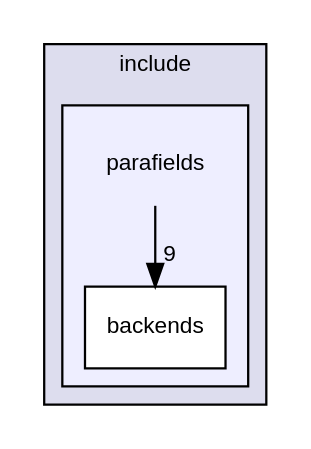
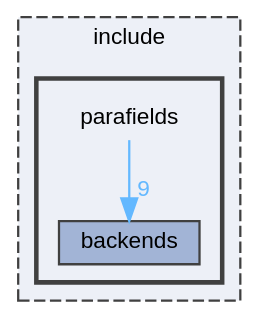
One commit to parafields/parafields-core changed the diagram in dir_f1cf9fff43a340b5fb1246d6efff32e0_dep.dot. Above: the diagram before and after it, drawn with Graphviz. The commit also changed 509 other files, not shown here.

```diff
--- a/dir_f1cf9fff43a340b5fb1246d6efff32e0_dep.dot
+++ b/dir_f1cf9fff43a340b5fb1246d6efff32e0_dep.dot
@@ -1,14 +1,17 @@
-digraph "parafields" {
+digraph "parafields"
+{
+ // LATEX_PDF_SIZE
+  bgcolor="transparent";
+  edge [fontname=Helvetica,fontsize=10,labelfontname=Helvetica,labelfontsize=10];
+  node [fontname=Helvetica,fontsize=10,shape=box,height=0.2,width=0.4];
   compound=true
-  node [ fontsize="10", fontname="Helvetica"];
-  edge [ labelfontsize="10", labelfontname="Helvetica"];
   subgraph clusterdir_d44c64559bbebec7f509842c48db8b23 {
-    graph [ bgcolor="#ddddee", pencolor="black", label="include" fontname="Helvetica", fontsize="10", URL="dir_d44c64559bbebec7f509842c48db8b23.html"]
+    graph [ bgcolor="#edf0f7", pencolor="grey25", label="include", fontname=Helvetica,fontsize=10 style="filled,dashed", URL="dir_d44c64559bbebec7f509842c48db8b23.html",tooltip=""]
   subgraph clusterdir_f1cf9fff43a340b5fb1246d6efff32e0 {
-    graph [ bgcolor="#eeeeff", pencolor="black", label="" URL="dir_f1cf9fff43a340b5fb1246d6efff32e0.html"];
-    dir_f1cf9fff43a340b5fb1246d6efff32e0 [shape=plaintext label="parafields"];
-  dir_ea9e5c827facd80d4f763862135907ad [shape=box label="backends" fillcolor="white" style="filled" URL="dir_ea9e5c827facd80d4f763862135907ad.html"];
+    graph [ bgcolor="#edf0f7", pencolor="grey25", label="", fontname=Helvetica,fontsize=10 style="filled,bold", URL="dir_f1cf9fff43a340b5fb1246d6efff32e0.html",tooltip=""]
+    dir_f1cf9fff43a340b5fb1246d6efff32e0 [shape=plaintext, label="parafields"];
+  dir_ea9e5c827facd80d4f763862135907ad [label="backends", fillcolor="#a2b4d6", color="grey25", style="filled", URL="dir_ea9e5c827facd80d4f763862135907ad.html",tooltip=""];
   }
   }
-  dir_f1cf9fff43a340b5fb1246d6efff32e0->dir_ea9e5c827facd80d4f763862135907ad [headlabel="9", labeldistance=1.5 headhref="dir_000001_000002.html"];
+  dir_f1cf9fff43a340b5fb1246d6efff32e0->dir_ea9e5c827facd80d4f763862135907ad [headlabel="9", labeldistance=1.5 headhref="dir_000002_000000.html" href="dir_000002_000000.html" color="steelblue1" fontcolor="steelblue1"];
 }
```
